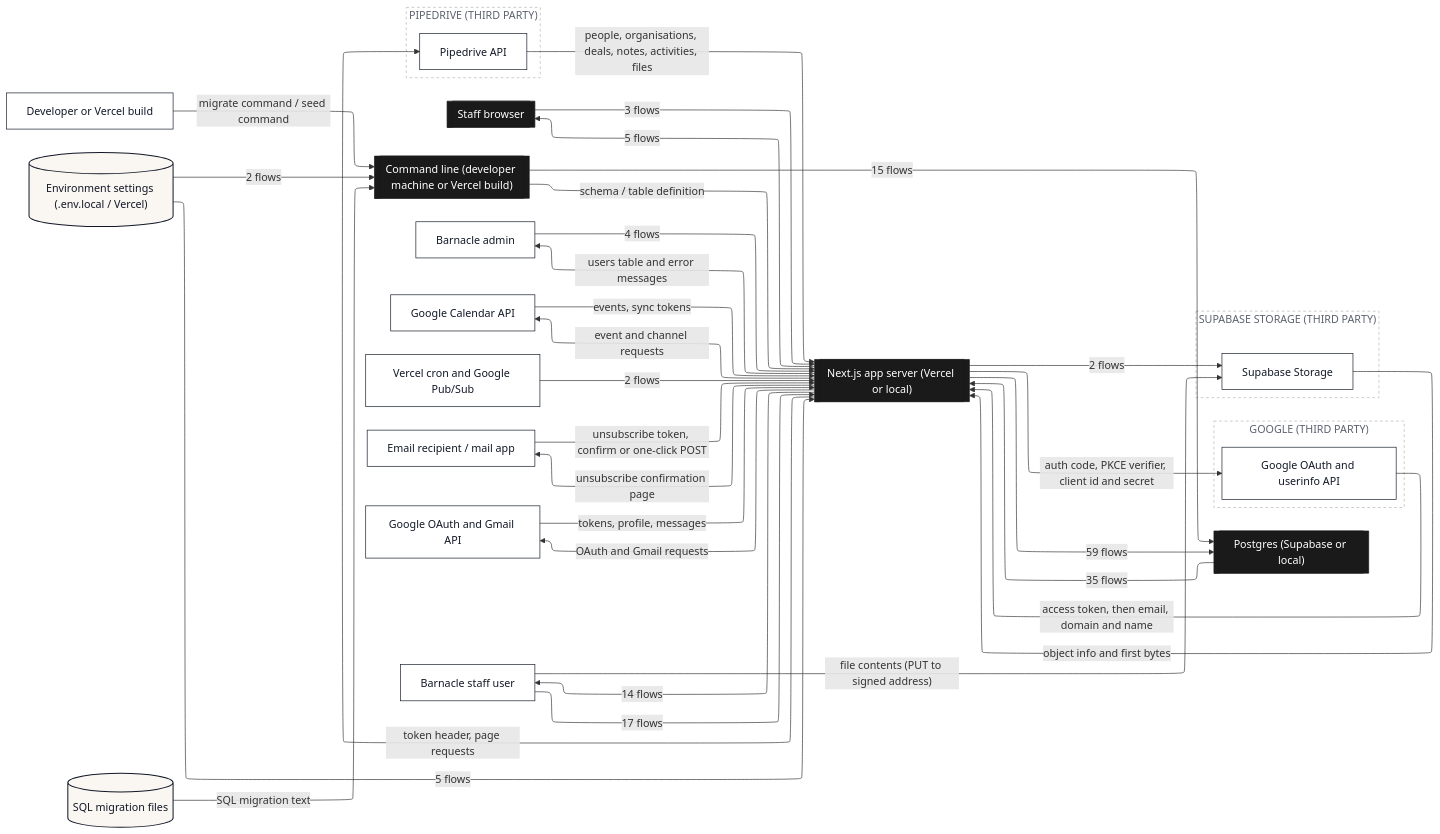
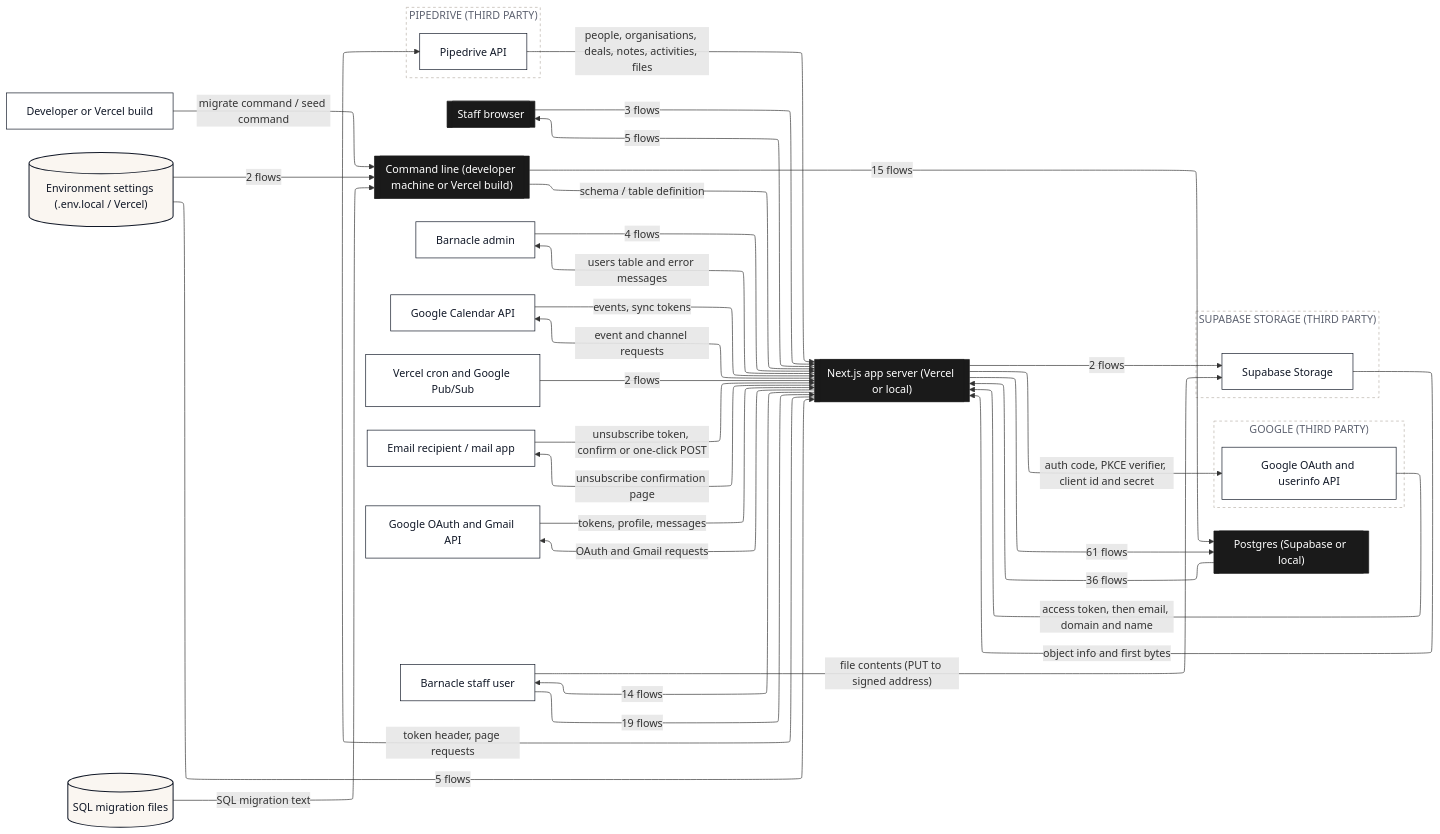
The second of 16 diagrams in dataflow/DATAFLOW.md (Romain-Perche/Barnacle-Pipe), drawn with Mermaid before and after one commit. The commit also changed other lines of this file and 5 other files, not shown here.

````diff
--- a/dataflow/DATAFLOW.md
+++ b/dataflow/DATAFLOW.md
@@ -160,69 +160,69 @@
 ```mermaid
 ---
 config:
   layout: elk
 ---
 flowchart LR
     n1[["Next.js app server (Vercel or local)"]]
     n2[["Staff browser"]]
     n3[["Command line (developer machine or Vercel build)"]]
     n4[["Postgres (Supabase or local)"]]
     n5["Barnacle admin"]
     n6["Google Calendar API"]
     n7["Vercel cron and Google Pub/Sub"]
     n8["Developer or Vercel build"]
     n9["Email recipient / mail app"]
     n10[("Environment settings (.env.local / Vercel)")]
     n11["Google OAuth and Gmail API"]
     n12[("SQL migration files")]
     n13["Barnacle staff user"]
     subgraph z1["GOOGLE (THIRD PARTY)"]
         n14["Google OAuth and userinfo API"]
     end
     subgraph z2["PIPEDRIVE (THIRD PARTY)"]
         n15["Pipedrive API"]
     end
     subgraph z3["SUPABASE STORAGE (THIRD PARTY)"]
         n16["Supabase Storage"]
     end
-    n1 -->|"59 flows"| n4
+    n1 -->|"61 flows"| n4
     n1 -->|"14 flows"| n13
-    n4 -->|"35 flows"| n1
+    n4 -->|"36 flows"| n1
     n5 -->|"4 flows"| n1
     n2 -->|"3 flows"| n1
     n6 -->|"events, sync tokens"| n1
     n1 -->|"event and channel requests"| n6
     n7 -->|"2 flows"| n1
     n8 -->|"migrate command / seed command"| n3
     n9 -->|"unsubscribe token, confirm or one-click POST"| n1
     n10 -->|"5 flows"| n1
     n10 -->|"2 flows"| n3
     n1 -->|"5 flows"| n2
     n1 -->|"2 flows"| n16
     n11 -->|"tokens, profile, messages"| n1
     n1 -->|"OAuth and Gmail requests"| n11
     n1 -->|"auth code, PKCE verifier, client id and secret"| n14
     n14 -->|"access token, then email, domain and name"| n1
     n3 -->|"15 flows"| n4
     n3 -->|"schema / table definition"| n1
     n12 -->|"SQL migration text"| n3
     n15 -->|"people, organisations, deals, notes, activities, files"| n1
     n1 -->|"token header, page requests"| n15
-    n13 -->|"17 flows"| n1
+    n13 -->|"19 flows"| n1
     n13 -->|"file contents (PUT to signed address)"| n16
     n16 -->|"object info and first bytes"| n1
     n1 -->|"unsubscribe confirmation page"| n9
     n1 -->|"users table and error messages"| n5
     classDef actor fill:#FFFFFF,stroke:#111827,stroke-width:1px,color:#111827
     classDef process fill:#EDEAFF,stroke:#2B00FF,stroke-width:1.5px,color:#111827
     classDef store fill:#FAF6F1,stroke:#111827,stroke-width:1.5px,color:#111827
     classDef zone fill:#1A1A1A,stroke:#1A1A1A,color:#FFFFFF
     classDef group fill:#2B00FF,stroke:#2B00FF,color:#FFFFFF
     classDef stub fill:#FFFFFF,stroke:#2B00FF,stroke-width:1.5px,stroke-dasharray:5 4,color:#2B00FF
     class n5,n6,n7,n8,n9,n11,n13,n14,n15,n16 actor
     class n10,n12 store
     class n1,n2,n3,n4 zone
     style z1 fill:#FFFFFF,stroke:#B9B2A8,stroke-dasharray:4 4,color:#5D6270
     style z2 fill:#FFFFFF,stroke:#B9B2A8,stroke-dasharray:4 4,color:#5D6270
     style z3 fill:#FFFFFF,stroke:#B9B2A8,stroke-dasharray:4 4,color:#5D6270
 ```
````
